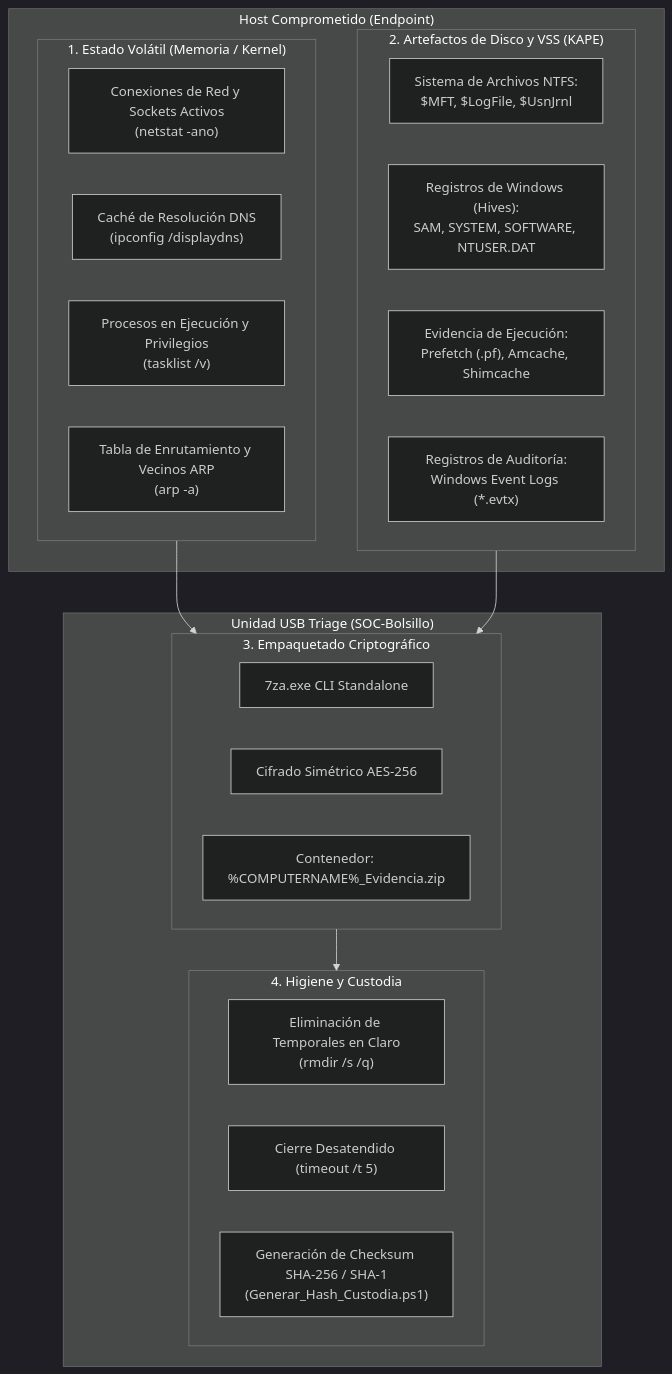
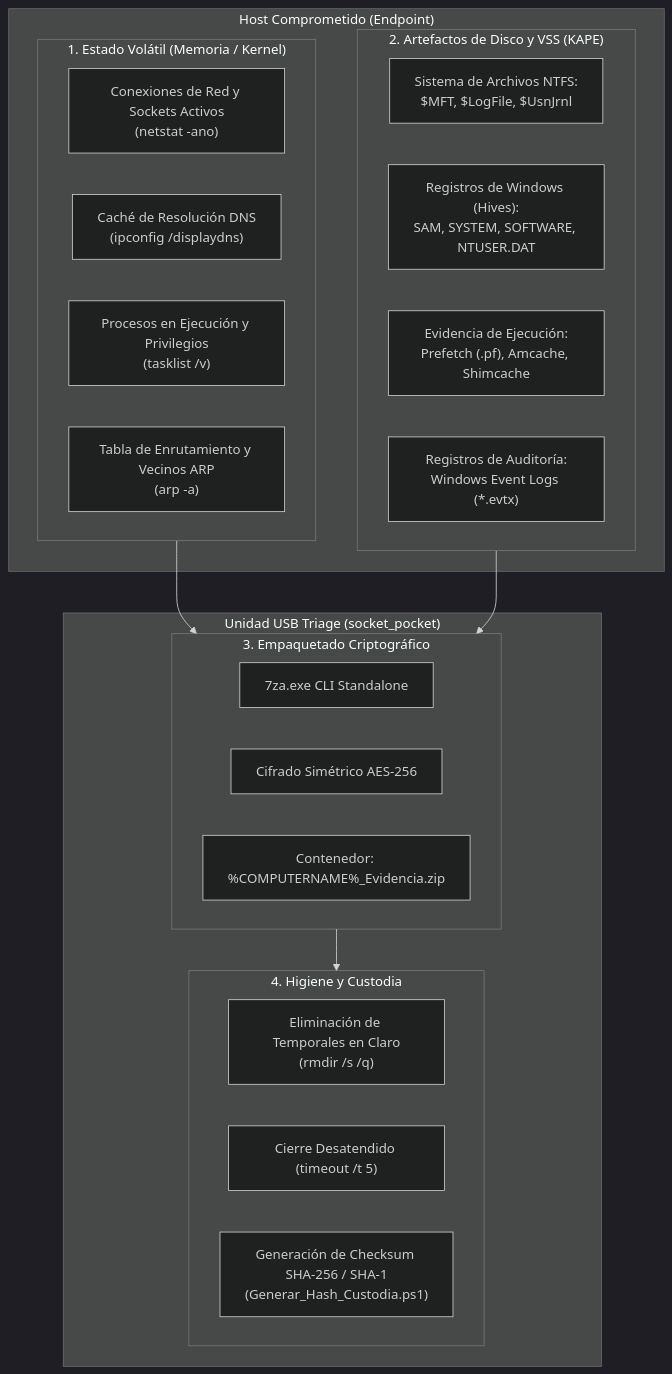
One commit to Kekkan74/socket_pocket changed the diagram in docs/ARQUITECTURA.md. Above: the diagram before and after it, drawn with Mermaid (dark theme). The commit also changed other lines of this file and 5 other files, not shown here.

Commit message:
chore(rename): rename project and references to socket_pocket

````diff
--- a/docs/ARQUITECTURA.md
+++ b/docs/ARQUITECTURA.md
@@ -7,36 +7,36 @@
 ```mermaid
 flowchart TD
     subgraph Host["Host Comprometido (Endpoint)"]
         subgraph Volatil["1. Estado Volátil (Memoria / Kernel)"]
             V1["Conexiones de Red y Sockets Activos\n(netstat -ano)"]
             V2["Caché de Resolución DNS\n(ipconfig /displaydns)"]
             V3["Procesos en Ejecución y Privilegios\n(tasklist /v)"]
             V4["Tabla de Enrutamiento y Vecinos ARP\n(arp -a)"]
         end
 
         subgraph Disco["2. Artefactos de Disco y VSS (KAPE)"]
             D1["Sistema de Archivos NTFS:\n$MFT, $LogFile, $UsnJrnl"]
             D2["Registros de Windows (Hives):\nSAM, SYSTEM, SOFTWARE, NTUSER.DAT"]
             D3["Evidencia de Ejecución:\nPrefetch (.pf), Amcache, Shimcache"]
             D4["Registros de Auditoría:\nWindows Event Logs (*.evtx)"]
         end
     end
 
-    subgraph USB["Unidad USB Triage (SOC-Bolsillo)"]
+    subgraph USB["Unidad USB Triage (socket_pocket)"]
         subgraph Pipeline["3. Empaquetado Criptográfico"]
             P1["7za.exe CLI Standalone"]
             P2["Cifrado Simétrico AES-256"]
             P3["Contenedor: %COMPUTERNAME%_Evidencia.zip"]
         end
 
         subgraph Sanitizacion["4. Higiene y Custodia"]
             S1["Eliminación de Temporales en Claro\n(rmdir /s /q)"]
             S2["Cierre Desatendido (timeout /t 5)"]
             S3["Generación de Checksum SHA-256 / SHA-1\n(Generar_Hash_Custodia.ps1)"]
         end
     end
 
     Volatil --> Pipeline
     Disco --> Pipeline
     Pipeline --> Sanitizacion
 ```
````
